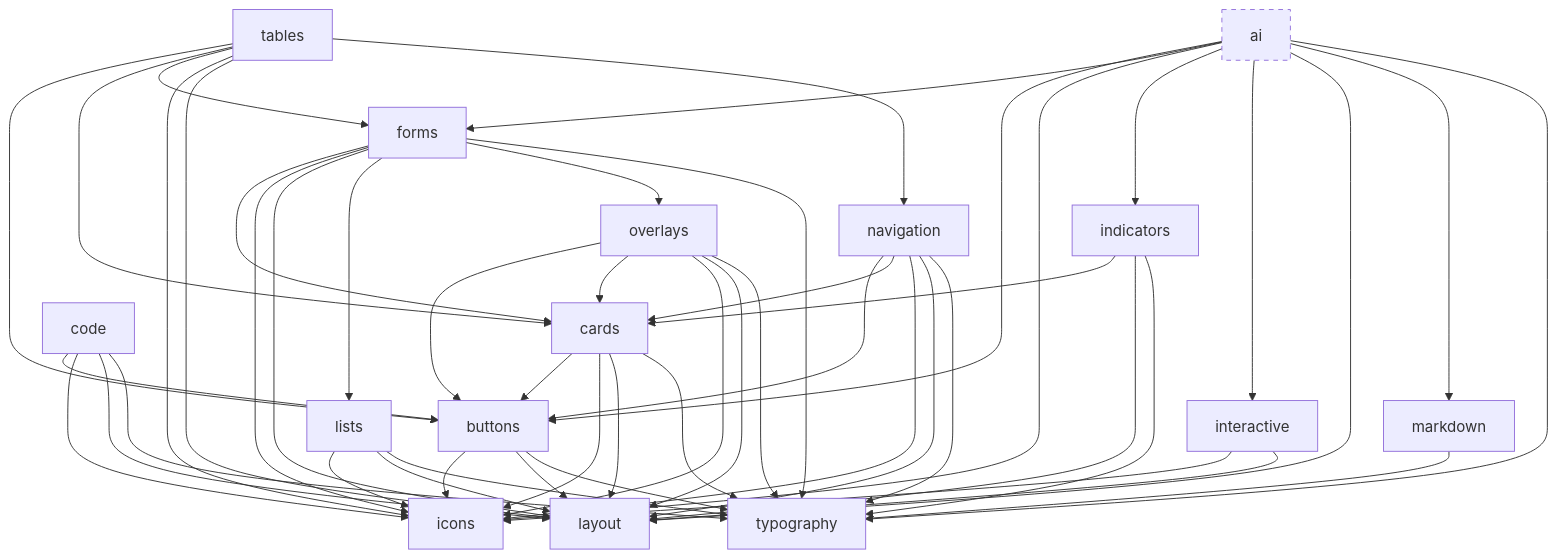
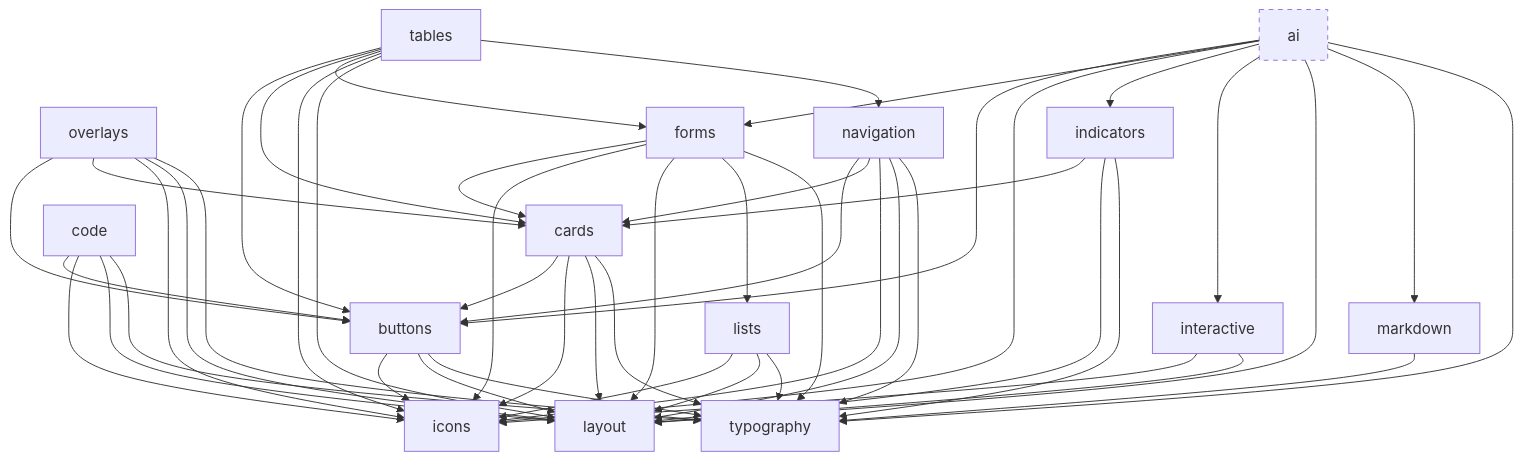
One commit to uiid-systems/design-system changed the diagram in docs/architecture/component-dependency-graph.md. Above: the diagram before and after it, drawn with Mermaid. The commit also changed other lines of this file and 6 other files, not shown here.

````diff
--- a/docs/architecture/component-dependency-graph.md
+++ b/docs/architecture/component-dependency-graph.md
@@ -9,42 +9,42 @@
 ```mermaid
 graph TD
   icons[icons]
   typography[typography]
   layout[layout]
   buttons[buttons]
   cards[cards]
   lists[lists]
   markdown[markdown]
   overlays[overlays]
   indicators[indicators]
   forms[forms]
   interactive[interactive]
   navigation[navigation]
   tables[tables]
   code[code]
   ai[ai]
 
   buttons --> icons & layout & typography
   lists --> icons & layout & typography
   markdown --> typography
 
   cards --> buttons & icons & layout & typography
 
   overlays --> buttons & cards & icons & layout & typography
   indicators --> cards & layout & typography
 
-  forms --> cards & icons & layout & lists & overlays & typography
+  forms --> cards & icons & layout & lists & typography
 
   interactive --> icons & layout
 
   navigation --> buttons & cards & icons & layout & typography
 
   tables --> buttons & cards & forms & icons & layout & navigation
 
   code --> buttons & icons & layout & typography
 
   ai --> buttons & forms & icons & indicators & interactive & layout & markdown & typography
 
   classDef private stroke-dasharray: 5 5
   class ai private
 ```
````
